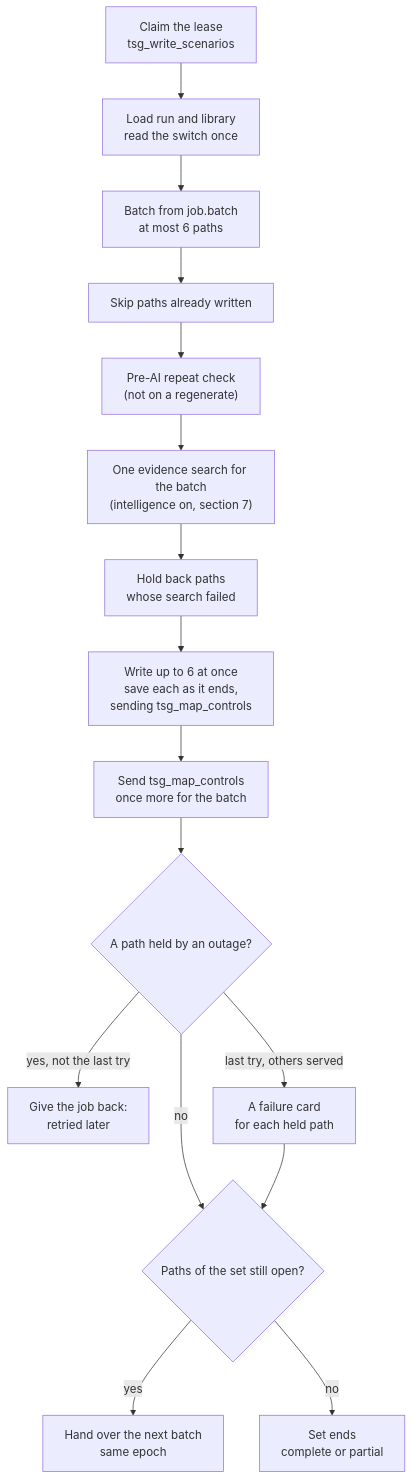
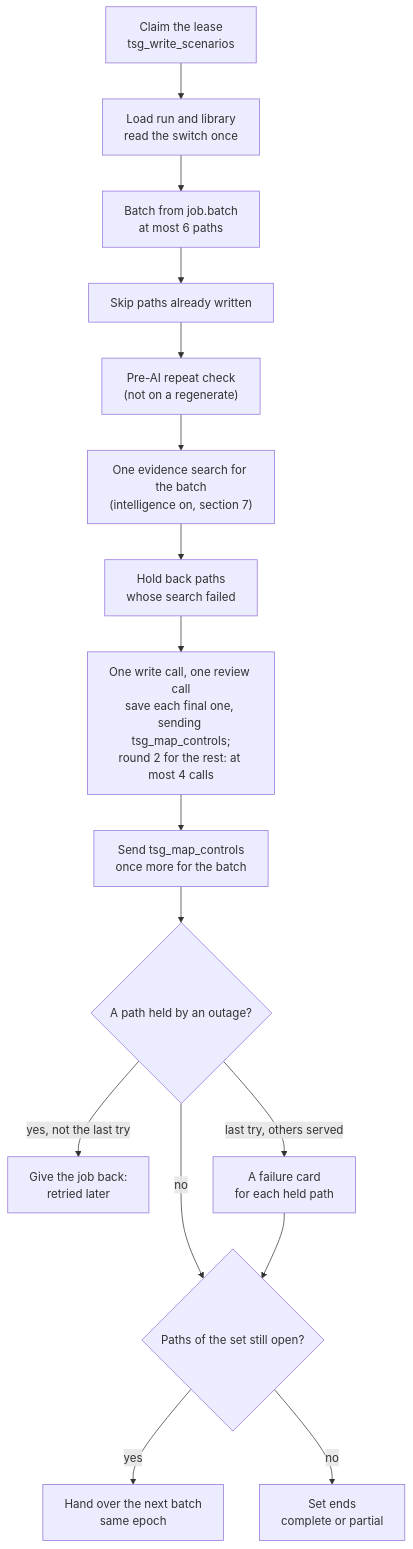
Before and after one commit to gopalchettri/cii: the sixth of 13 diagrams in docs/TSG_END_TO_END_FLOW.md, drawn with Mermaid. The commit also changed other lines of this file and 61 other files, not shown here.

````diff
--- a/docs/TSG_END_TO_END_FLOW.md
+++ b/docs/TSG_END_TO_END_FLOW.md
@@ -1545,18 +1549,18 @@
 ```mermaid
 flowchart TB
     A["Claim the lease<br/>tsg_write_scenarios"] --> B["Load run and library<br/>read the switch once"]
     B --> C["Batch from job.batch<br/>at most 6 paths"]
     C --> D["Skip paths already written"]
     D --> E["Pre-AI repeat check<br/>(not on a regenerate)"]
     E --> F["One evidence search for the batch<br/>(intelligence on, section 7)"]
     F --> G["Hold back paths<br/>whose search failed"]
-    G --> H["Write up to 6 at once<br/>save each as it ends,<br/>sending tsg_map_controls"]
+    G --> H["One write call, one review call<br/>save each final one, sending tsg_map_controls;<br/>round 2 for the rest: at most 4 calls"]
     H --> I["Send tsg_map_controls<br/>once more for the batch"]
     I --> J{"A path held by an outage?"}
     J -- "yes, not the last try" --> R["Give the job back:<br/>retried later"]
     J -- "last try, others served" --> FC["A failure card<br/>for each held path"]
     J -- "no" --> N{"Paths of the set still open?"}
     FC --> N
     N -- "yes" --> HO["Hand over the next batch<br/>same epoch"]
     N -- "no" --> SE["Set ends<br/>complete or partial"]
 ```
````
